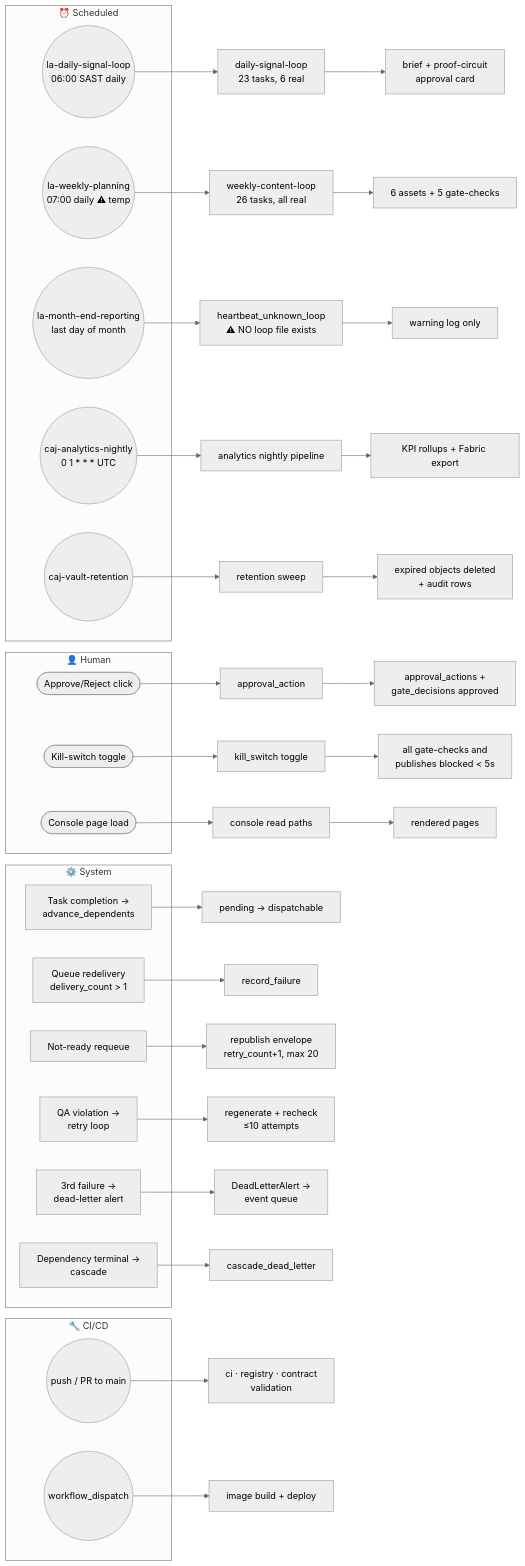
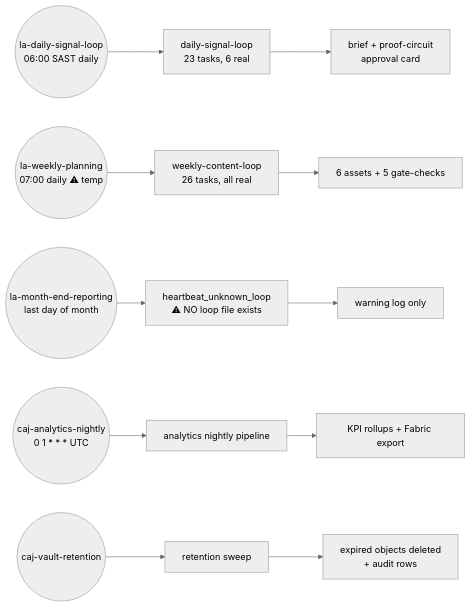
Before and after one commit to rooipiet-tech/Canvas-Marketing-OS: diagram 29 of 39 in docs/architecture/Comprehensive-System-Architecture-and-Process-Map.md, drawn with Mermaid (neutral theme). The commit also changed other lines of this file and 4 other files, not shown here.

````diff
--- a/docs/architecture/Comprehensive-System-Architecture-and-Process-Map.md
+++ b/docs/architecture/Comprehensive-System-Architecture-and-Process-Map.md
@@ -1523,47 +1476,8 @@
 ```mermaid
 flowchart LR
-  subgraph SCHED["⏰ Scheduled"]
-    T1((la-daily-signal-loop<br/>06:00 SAST daily))
-    T2((la-weekly-planning<br/>07:00 daily ⚠ temp))
-    T3((la-month-end-reporting<br/>last day of month))
-    T4(("caj-analytics-nightly<br/>0 1 * * * UTC"))
-    T5((caj-vault-retention))
-  end
-  subgraph HUMAN["👤 Human"]
-    H1([Approve/Reject click])
-    H2([Kill-switch toggle])
-    H3([Console page load])
-  end
-  subgraph SYS["⚙️ System"]
-    S1[Task completion →<br/>advance_dependents]
-    S2["Queue redelivery<br/>delivery_count > 1"]
-    S3[Not-ready requeue]
-    S4[QA violation →<br/>retry loop]
-    S5[3rd failure →<br/>dead-letter alert]
-    S6[Dependency terminal →<br/>cascade]
-  end
-  subgraph CICD["🔧 CI/CD"]
-    C1((push / PR to main))
-    C2((workflow_dispatch))
-  end
-
-  T1 --> P1[daily-signal-loop<br/>23 tasks, 6 real] --> O1[brief + proof-circuit<br/>approval card]
-  T2 --> P2[weekly-content-loop<br/>26 tasks, all real] --> O2[6 assets + 5 gate-checks]
-  T3 --> P3["heartbeat_unknown_loop<br/>⚠ NO loop file exists"] --> O3[warning log only]
-  T4 --> P4[analytics nightly pipeline] --> O4[KPI rollups + Fabric export]
-  T5 --> P5[retention sweep] --> O5[expired objects deleted<br/>+ audit rows]
-
-  H1 --> P6[approval_action] --> O6[approval_actions +<br/>gate_decisions approved]
-  H2 --> P7[kill_switch toggle] --> O7["all gate-checks and<br/>publishes blocked < 5s"]
-  H3 --> P8[console read paths] --> O8[rendered pages]
-
-  S1 --> P9[pending → dispatchable]
-  S2 --> P10[record_failure]
-  S3 --> P11[republish envelope<br/>retry_count+1, max 20]
-  S4 --> P12[regenerate + recheck<br/>≤10 attempts]
-  S5 --> P13[DeadLetterAlert →<br/>event queue]
-  S6 --> P14[cascade_dead_letter]
-
-  C1 --> P15[ci · registry · contract<br/>validation]
-  C2 --> P16[image build + deploy]
+  T1((la-daily-signal-loop<br/>06:00 SAST daily)) --> P1[daily-signal-loop<br/>23 tasks, 6 real] --> O1[brief + proof-circuit<br/>approval card]
+  T2((la-weekly-planning<br/>07:00 daily ⚠ temp)) --> P2[weekly-content-loop<br/>26 tasks, all real] --> O2[6 assets + 5 gate-checks]
+  T3((la-month-end-reporting<br/>last day of month)) --> P3["heartbeat_unknown_loop<br/>⚠ NO loop file exists"] --> O3[warning log only]
+  T4(("caj-analytics-nightly<br/>0 1 * * * UTC")) --> P4[analytics nightly pipeline] --> O4[KPI rollups + Fabric export]
+  T5((caj-vault-retention)) --> P5[retention sweep] --> O5[expired objects deleted<br/>+ audit rows]
 ```
````
